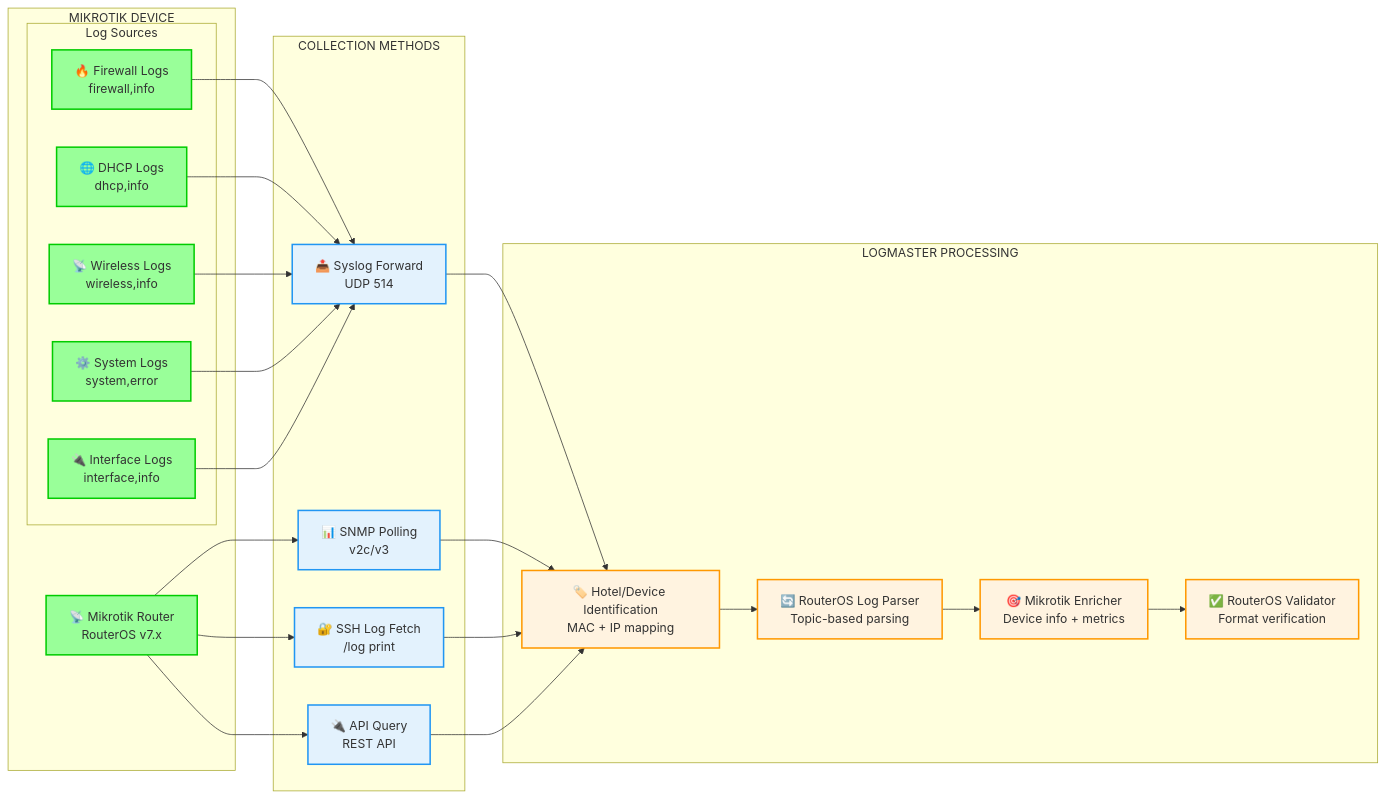
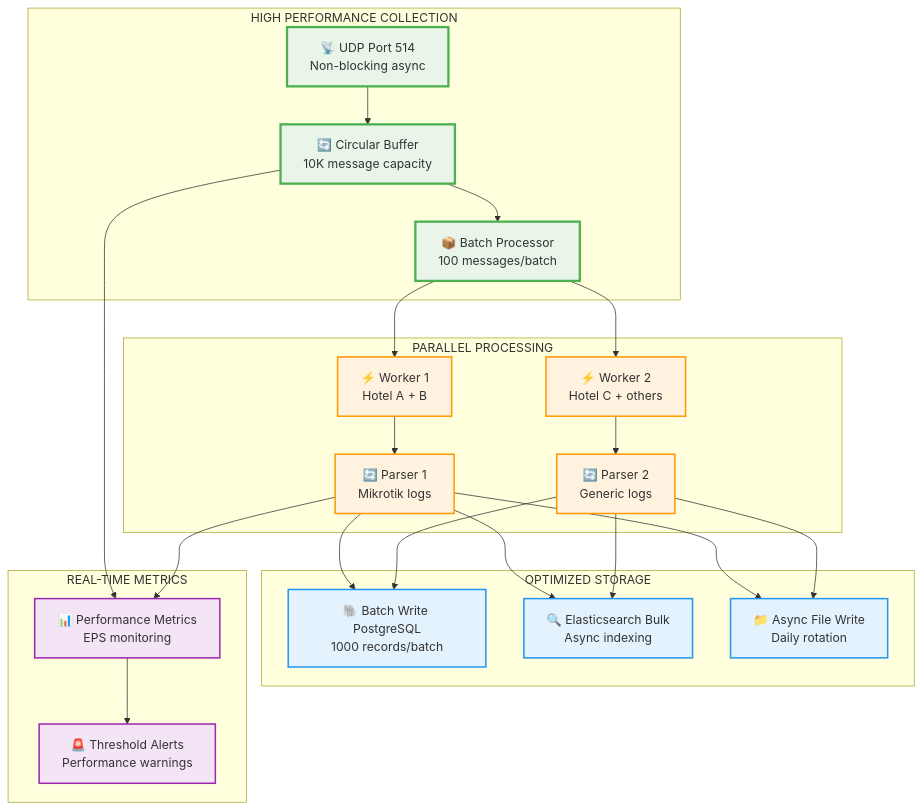
One commit to ozkanguner/logmaster changed the second of 4 diagrams in docs/architecture/data-flow.md. Above: the diagram before and after it, drawn with Mermaid. The commit also changed other lines of this file and 3 other files, not shown here.

Commit message:
🔄 COMPLETE ARCHITECTURE REWRITE: Clean Multi-Tenant Design

````diff
--- a/docs/architecture/data-flow.md
+++ b/docs/architecture/data-flow.md
@@ -164,57 +105,59 @@
 ```mermaid
-graph LR
-    subgraph "MIKROTIK DEVICE"
-        MT_DEVICE["📡 Mikrotik Router<br/>RouterOS v7.x"]
-        
-        subgraph "Log Sources"
-            FW_LOGS["🔥 Firewall Logs<br/>firewall,info"]
-            DHCP_LOGS["🌐 DHCP Logs<br/>dhcp,info"]
-            WIFI_LOGS["📡 Wireless Logs<br/>wireless,info"]
-            SYS_LOGS["⚙️ System Logs<br/>system,error"]
-            INT_LOGS["🔌 Interface Logs<br/>interface,info"]
-        end
+graph TB
+    subgraph "HIGH PERFORMANCE COLLECTION"
+        UDP_514["📡 UDP Port 514<br/>Non-blocking async"]
+        BUFFER["🔄 Circular Buffer<br/>10K message capacity"]
+        BATCH["📦 Batch Processor<br/>100 messages/batch"]
     end
     
-    subgraph "COLLECTION METHODS"
-        SYSLOG_OUT["📤 Syslog Forward<br/>UDP 514"]
-        SNMP_POLL["📊 SNMP Polling<br/>v2c/v3"]
-        SSH_FETCH["🔐 SSH Log Fetch<br/>/log print"]
-        API_QUERY["🔌 API Query<br/>REST API"]
+    subgraph "PARALLEL PROCESSING"
+        WORKER_1["⚡ Worker 1<br/>Hotel A + B"]
+        WORKER_2["⚡ Worker 2<br/>Hotel C + others"]
+        PARSER_1["🔄 Parser 1<br/>Mikrotik logs"]
+        PARSER_2["🔄 Parser 2<br/>Generic logs"]
     end
     
-    subgraph "LOGMASTER PROCESSING"
-        MT_IDENTIFIER["🏷️ Hotel/Device Identification<br/>MAC + IP mapping"]
-        MT_PARSER["🔄 RouterOS Log Parser<br/>Topic-based parsing"]
-        MT_ENRICHER["🎯 Mikrotik Enricher<br/>Device info + metrics"]
-        MT_VALIDATOR["✅ RouterOS Validator<br/>Format verification"]
+    subgraph "OPTIMIZED STORAGE"
+        PG_WRITE["🐘 Batch Write PostgreSQL<br/>1000 records/batch"]
+        ES_BULK["🔍 Elasticsearch Bulk<br/>Async indexing"]
+        FILE_WRITE["📁 Async File Write<br/>Daily rotation"]
     end
     
-    %% Device to Collection
-    FW_LOGS --> SYSLOG_OUT
-    DHCP_LOGS --> SYSLOG_OUT
-    WIFI_LOGS --> SYSLOG_OUT
-    SYS_LOGS --> SYSLOG_OUT
-    INT_LOGS --> SYSLOG_OUT
+    subgraph "REAL-TIME METRICS"
+        METRICS["📊 Performance Metrics<br/>EPS monitoring"]
+        ALERTS["🚨 Threshold Alerts<br/>Performance warnings"]
+    end
     
-    MT_DEVICE --> SNMP_POLL
-    MT_DEVICE --> SSH_FETCH
-    MT_DEVICE --> API_QUERY
+    %% Performance Flow
+    UDP_514 --> BUFFER
+    BUFFER --> BATCH
     
-    %% Collection to Processing
-    SYSLOG_OUT --> MT_IDENTIFIER
-    SNMP_POLL --> MT_IDENTIFIER
-    SSH_FETCH --> MT_IDENTIFIER
-    API_QUERY --> MT_IDENTIFIER
+    BATCH --> WORKER_1
+    BATCH --> WORKER_2
     
-    MT_IDENTIFIER --> MT_PARSER
-    MT_PARSER --> MT_ENRICHER
-    MT_ENRICHER --> MT_VALIDATOR
+    WORKER_1 --> PARSER_1
+    WORKER_2 --> PARSER_2
     
-    classDef mikrotik fill:#99ff99,stroke:#00cc00,stroke-width:2px
-    classDef collection fill:#e3f2fd,stroke:#2196f3,stroke-width:2px
-    classDef processing fill:#fff3e0,stroke:#ff9800,stroke-width:2px
+    PARSER_1 --> PG_WRITE
+    PARSER_1 --> ES_BULK
+    PARSER_1 --> FILE_WRITE
     
-    class MT_DEVICE,FW_LOGS,DHCP_LOGS,WIFI_LOGS,SYS_LOGS,INT_LOGS mikrotik
-    class SYSLOG_OUT,SNMP_POLL,SSH_FETCH,API_QUERY collection
-    class MT_IDENTIFIER,MT_PARSER,MT_ENRICHER,MT_VALIDATOR processing
+    PARSER_2 --> PG_WRITE
+    PARSER_2 --> ES_BULK
+    PARSER_2 --> FILE_WRITE
+    
+    %% Monitoring
+    BUFFER --> METRICS
+    PARSER_1 --> METRICS
+    METRICS --> ALERTS
+    
+    classDef performance fill:#e8f5e8,stroke:#4caf50,stroke-width:3px
+    classDef worker fill:#fff3e0,stroke:#ff9800,stroke-width:2px
+    classDef storage fill:#e3f2fd,stroke:#2196f3,stroke-width:2px
+    classDef monitoring fill:#f3e5f5,stroke:#9c27b0,stroke-width:2px
+    
+    class UDP_514,BUFFER,BATCH performance
+    class WORKER_1,WORKER_2,PARSER_1,PARSER_2 worker
+    class PG_WRITE,ES_BULK,FILE_WRITE storage
+    class METRICS,ALERTS monitoring
 ```
````
